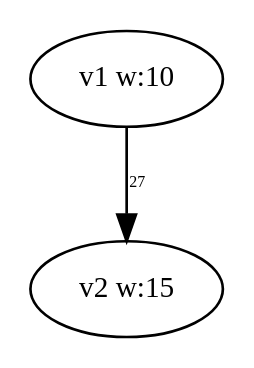
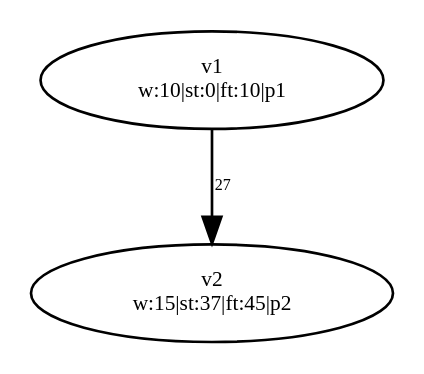
The diagram in PythonApplication1/PythonApplication1/test-output/slika_1.gv (dexters1/Task-Scheduling-Based-on-Genetic-Algorithms), drawn with Graphviz before and after one commit. The commit also changed 51 other files, not shown here.

```diff
--- a/PythonApplication1/PythonApplication1/test-output/slika_1.gv
+++ b/PythonApplication1/PythonApplication1/test-output/slika_1.gv
@@ -1,5 +1,7 @@
 digraph {
-	v1 [label="v1 w:10" fontsize=11.0]
-	v2 [label="v2 w:15" fontsize=11.0]
+	v1 [label="v1
+w:10|st:0|ft:10|p1" fontsize=8.0]
+	v2 [label="v2
+w:15|st:37|ft:45|p2" fontsize=8.0]
 	v1 -> v2 [label=27 constraint=true fontsize=6.0]
 }
```
